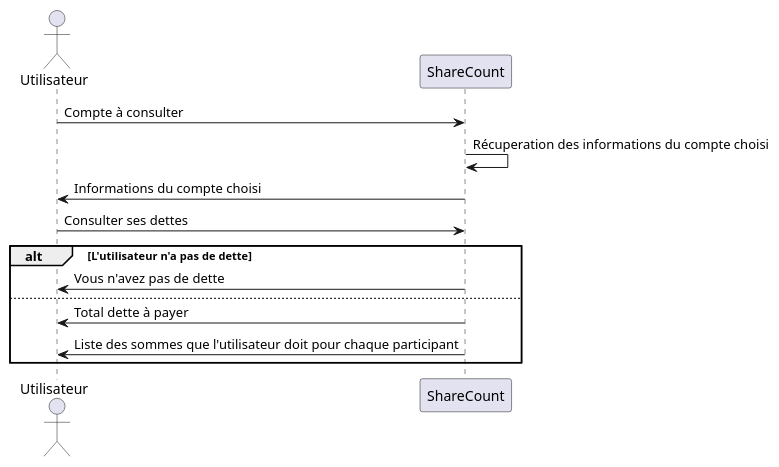
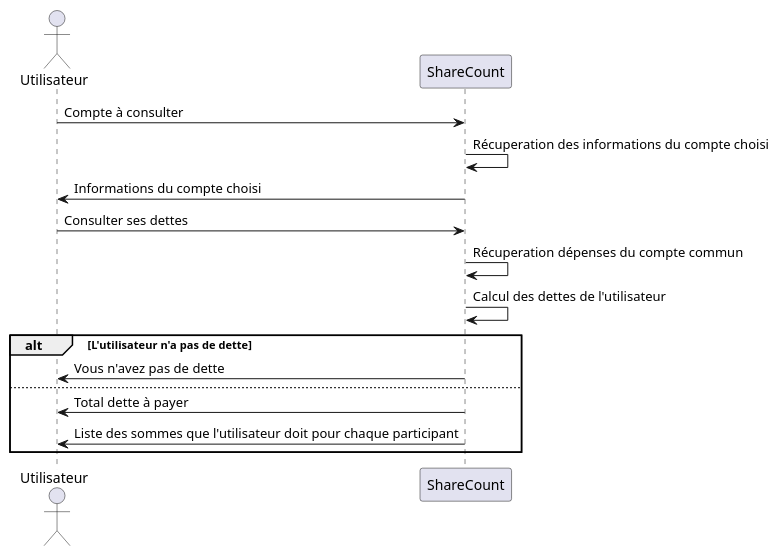
One commit to lmtb06/sharecount changed the diagram in diagrammes/specification/sequence/consulter-ses-dettes.puml. Above: the diagram before and after it, drawn with PlantUML. The commit also changed 1 other file, not shown here.

Commit message:
correction diagrammes

```diff
--- a/diagrammes/specification/sequence/consulter-ses-dettes.puml
+++ b/diagrammes/specification/sequence/consulter-ses-dettes.puml
@@ -1,16 +1,18 @@
 @startuml "Consulter ses dettes"
 actor Utilisateur as u
 participant ShareCount as sc
 
 u 	-> 	sc : Compte à consulter
 sc	-> 	sc : Récuperation des informations du compte choisi
 u		<-	sc : Informations du compte choisi
 u 	->	sc : Consulter ses dettes
+sc	-> 	sc : Récuperation dépenses du compte commun
+sc	-> 	sc : Calcul des dettes de l'utilisateur
 alt L'utilisateur n'a pas de dette
 u 	<-	sc : Vous n'avez pas de dette
 else
 u 	<-	sc : Total dette à payer
 u 	<-	sc : Liste des sommes que l'utilisateur doit pour chaque participant
 end
 
 @enduml
```
